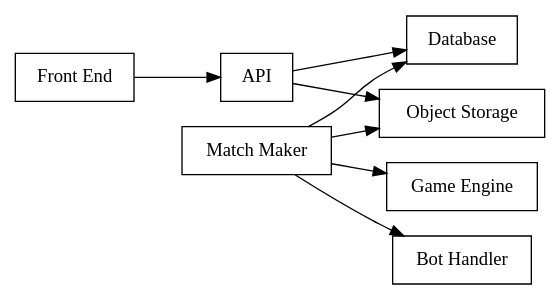
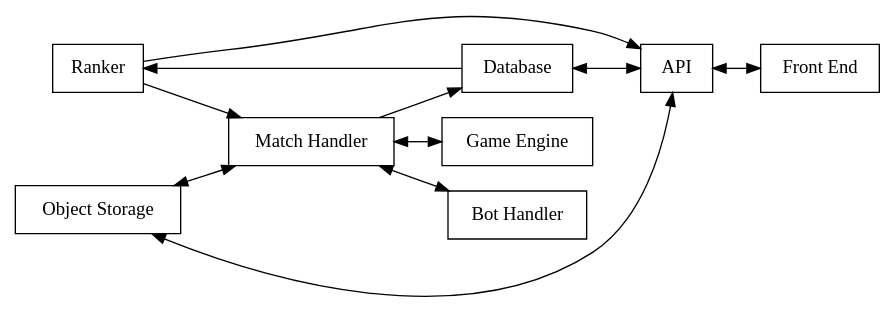
One commit to Salz-Team/salz changed the diagram in documentation/diagram.dot. Above: the diagram before and after it, drawn with Graphviz.

Commit message:
Updated the Architecture Diagram

```diff
--- a/documentation/diagram.dot
+++ b/documentation/diagram.dot
@@ -1,21 +1,28 @@
 digraph ServiceInteraction {
     graph[rankdir=LR]
     node[shape = record] 
+
+    ranker [label="Ranker"]
 
     api [label="API"]
     frontend [label="Front End"]
     db [label="Database"]
     s3 [label="Object Storage"]
     game [label="Game Engine"]
-    mm [label="Match Maker"]
+    mm [label="Match Handler"]
     bh [label="Bot Handler"]
 
-    frontend -> api
-    api -> db
-    api -> s3
+    api -> frontend [dir="both"]
+    db -> api [dir="both"]
+    s3 -> api [dir="both"]
+
+    db -> ranker
+    ranker -> api
     
+    s3 -> mm [dir="both"]
+    ranker -> mm
     mm -> db
-    mm -> s3
-    mm -> game
-    mm -> bh
+
+    mm -> game [dir="both"]
+    mm -> bh [dir="both"]
 }
```
